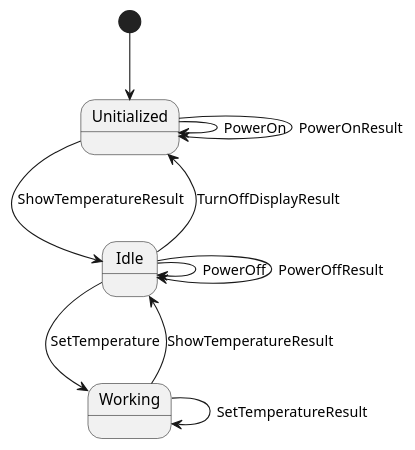
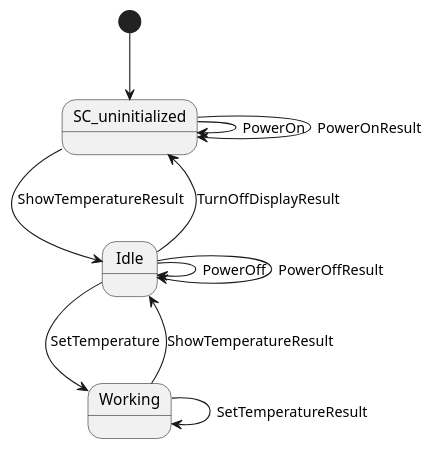
The diagram in SourceCodeGeneration/GeneratedFile/SystemCtrl/SystemCtrl_StateChart.wsd (EvenTang/lywMDDToolChain), drawn with PlantUML before and after one commit. The commit also changed 8 other files, not shown here.

Commit message:
Read uninitialized state from component diagram and write into statechart

```diff
--- a/SourceCodeGeneration/GeneratedFile/SystemCtrl/SystemCtrl_StateChart.wsd
+++ b/SourceCodeGeneration/GeneratedFile/SystemCtrl/SystemCtrl_StateChart.wsd
@@ -3,15 +3,15 @@
 @startuml SystemCtrl's state chart
 
-[*] --> Unitialized
+[*] --> SC_uninitialized
 
 Idle --> Working : SetTemperature
 Working --> Working : SetTemperatureResult
 Working --> Idle : ShowTemperatureResult
 Idle --> Idle : PowerOff
 Idle --> Idle : PowerOffResult
-Idle --> Unitialized : TurnOffDisplayResult
-Unitialized --> Unitialized : PowerOn
-Unitialized --> Unitialized : PowerOnResult
-Unitialized --> Idle : ShowTemperatureResult
+Idle --> SC_uninitialized : TurnOffDisplayResult
+SC_uninitialized --> SC_uninitialized : PowerOn
+SC_uninitialized --> SC_uninitialized : PowerOnResult
+SC_uninitialized --> Idle : ShowTemperatureResult
 
 @enduml
```
